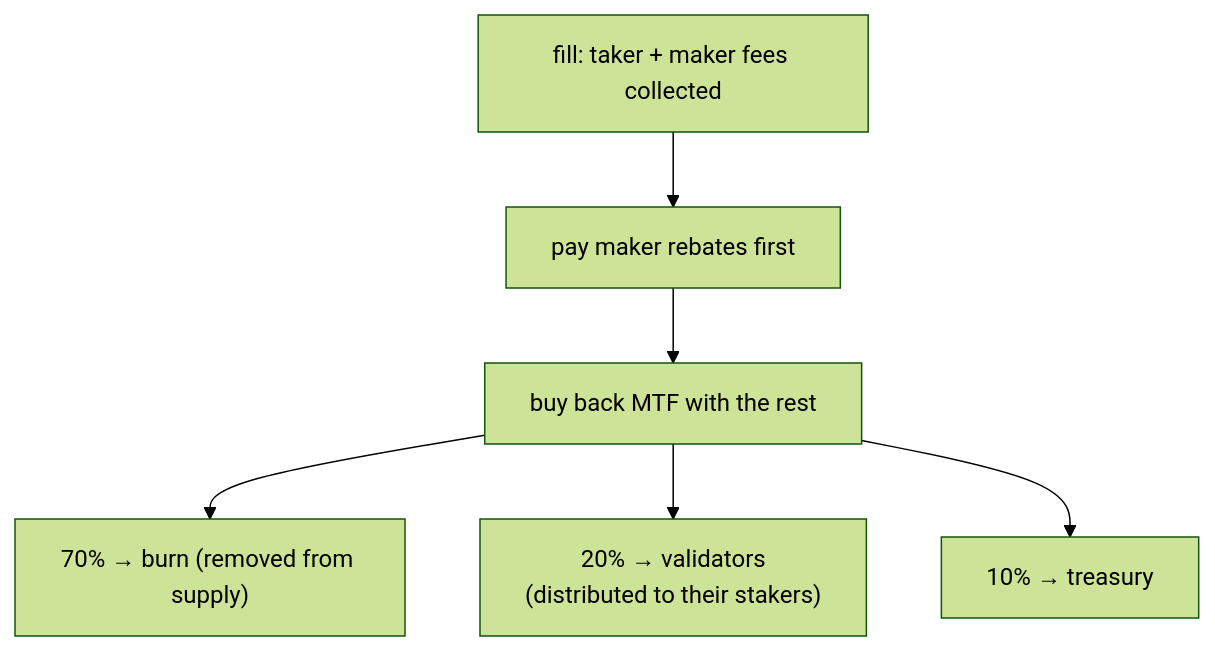
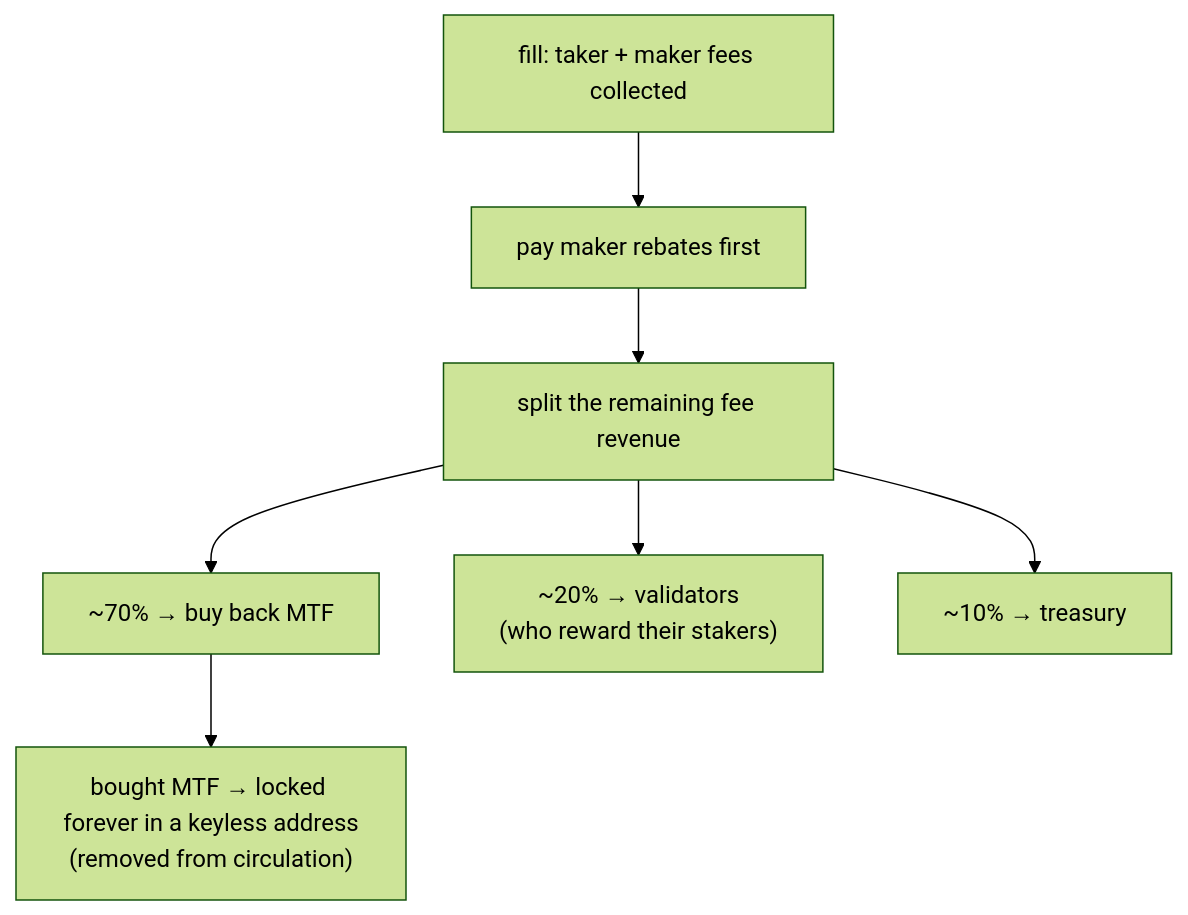
The diagram in docs/concepts/fees.md (mtf-exchange/metaflux-knowledges), drawn with Mermaid (forest theme) before and after one commit. The commit also changed other lines of this file and 1 other file, not shown here.

First line of the commit message:
docs: fee split applied once — buyback locks MTF out of circulation

````diff
--- a/docs/concepts/fees.md
+++ b/docs/concepts/fees.md
@@ -74,15 +76,17 @@
 ```mermaid
 flowchart TD
     fill["fill: taker + maker fees collected"]
     rebate["pay maker rebates first"]
-    buyback["buy back MTF with the rest"]
-    burn["70% → burn (removed from supply)"]
-    validators["20% → validators<br/>(distributed to their stakers)"]
-    treasury["10% → treasury"]
+    split["split the remaining fee revenue"]
+    buyback["~70% → buy back MTF"]
+    sink["bought MTF → locked forever in a keyless address<br/>(removed from circulation)"]
+    validators["~20% → validators<br/>(who reward their stakers)"]
+    treasury["~10% → treasury"]
 
     fill --> rebate
-    rebate --> buyback
-    buyback --> burn
-    buyback --> validators
-    buyback --> treasury
+    rebate --> split
+    split --> buyback
+    split --> validators
+    split --> treasury
+    buyback --> sink
 ```
````
